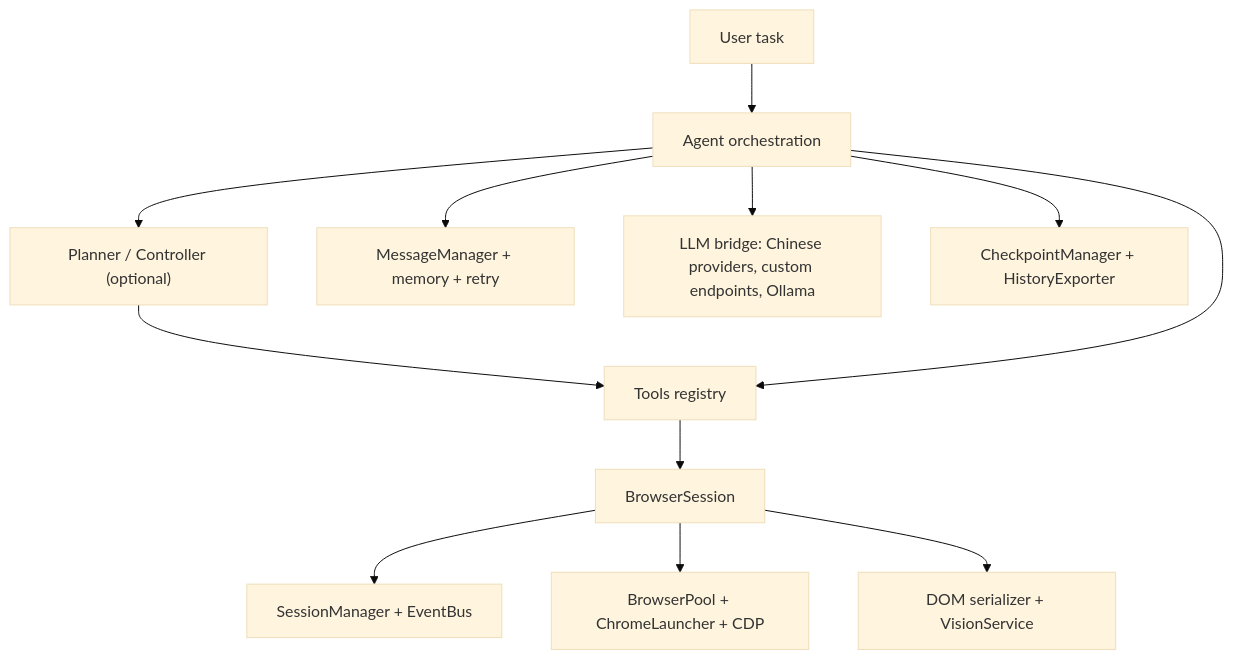
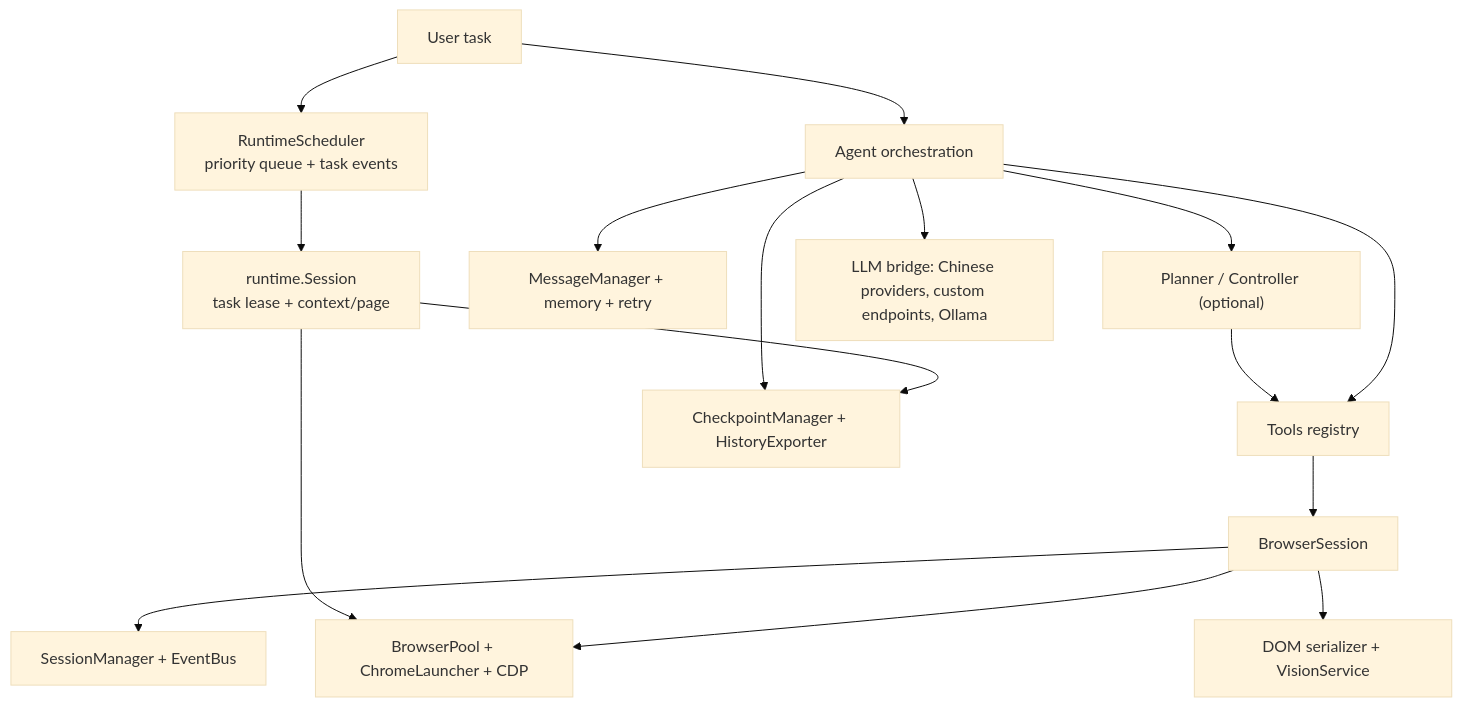
The first of 2 diagrams in README.md (YuSec2021/browser-use-bridge), drawn with Mermaid (base theme) before and after one commit. The commit also changed other lines of this file and 7 other files, not shown here.

````diff
--- a/README.md
+++ b/README.md
@@ -53,14 +55,18 @@
 ```mermaid
 flowchart TD
   Task["User task"] --> Agent["Agent orchestration"]
   Agent --> Planner["Planner / Controller (optional)"]
   Agent --> State["MessageManager + memory + retry"]
   Planner --> Tools["Tools registry"]
   Agent --> Tools
-  Tools --> Session["BrowserSession"]
-  Session --> Tabs["SessionManager + EventBus"]
-  Session --> Runtime["BrowserPool + ChromeLauncher + CDP"]
-  Session --> Perception["DOM serializer + VisionService"]
+  Task --> Scheduler["RuntimeScheduler<br/>priority queue + task events"]
+  Scheduler --> RuntimeSession["runtime.Session<br/>task lease + context/page"]
+  Tools --> BrowserSession["BrowserSession"]
+  BrowserSession --> Tabs["SessionManager + EventBus"]
+  RuntimeSession --> Pool["BrowserPool + ChromeLauncher + CDP"]
+  BrowserSession --> Pool
+  BrowserSession --> Perception["DOM serializer + VisionService"]
   Agent --> LLM["LLM bridge: Chinese providers, custom endpoints, Ollama"]
   Agent --> Persistence["CheckpointManager + HistoryExporter"]
+  RuntimeSession --> Persistence
 ```
````
